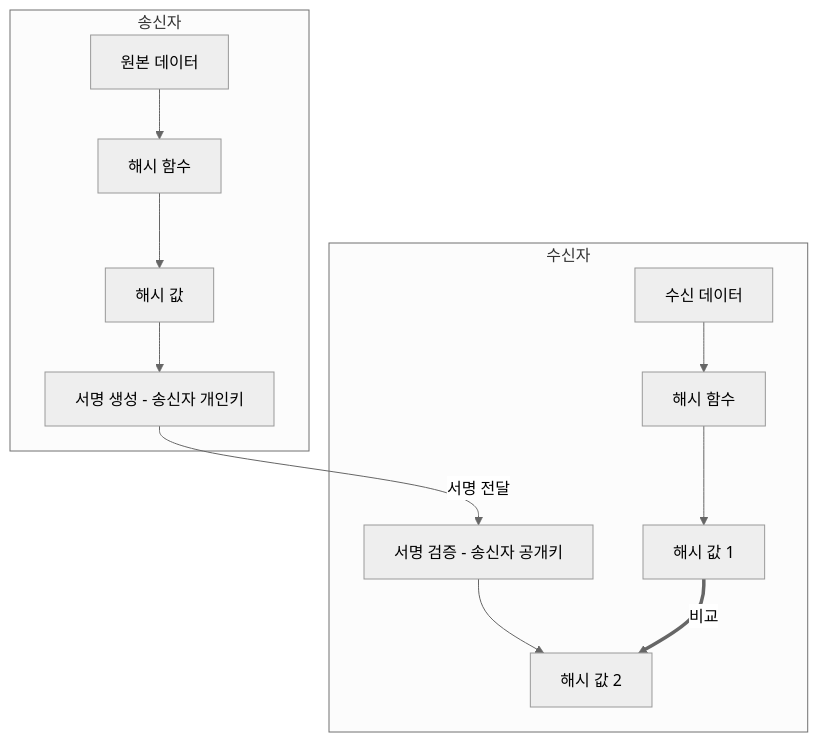
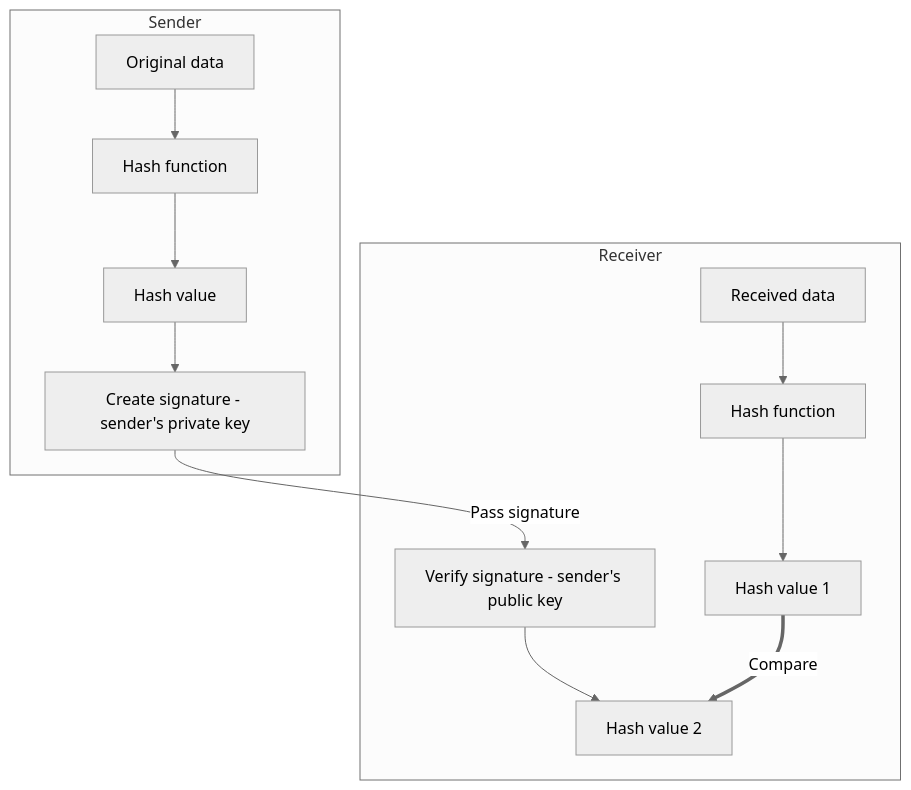
Before and after one commit to jeonck/k8s-adv: the third of 5 diagrams in content/security/01-foundation/14-ca-and-root-ca.md, drawn with Mermaid (neutral theme). The commit also changed other lines of this file and 223 other files, not shown here.

````diff
--- a/content/security/01-foundation/14-ca-and-root-ca.md
+++ b/content/security/01-foundation/14-ca-and-root-ca.md
@@ -63,16 +63,16 @@
 ```mermaid
 flowchart TD
-    subgraph "송신자"
-    D1["원본 데이터"] --> H1["해시 함수"]
-    H1 --> HV1["해시 값"]
-    HV1 --> S_SIG["서명 생성 - 송신자 개인키"]
+    subgraph "Sender"
+    D1["Original data"] --> H1["Hash function"]
+    H1 --> HV1["Hash value"]
+    HV1 --> S_SIG["Create signature - sender's private key"]
     end
     
-    subgraph "수신자"
-    D2["수신 데이터"] --> H2["해시 함수"]
-    H2 --> HV2["해시 값 1"]
-    S_SIG -- "서명 전달" --> V["서명 검증 - 송신자 공개키"]
-    V --> HV3["해시 값 2"]
-    HV2 == "비교" ==> HV3
+    subgraph "Receiver"
+    D2["Received data"] --> H2["Hash function"]
+    H2 --> HV2["Hash value 1"]
+    S_SIG -- "Pass signature" --> V["Verify signature - sender's public key"]
+    V --> HV3["Hash value 2"]
+    HV2 == "Compare" ==> HV3
     end
 ```
````
